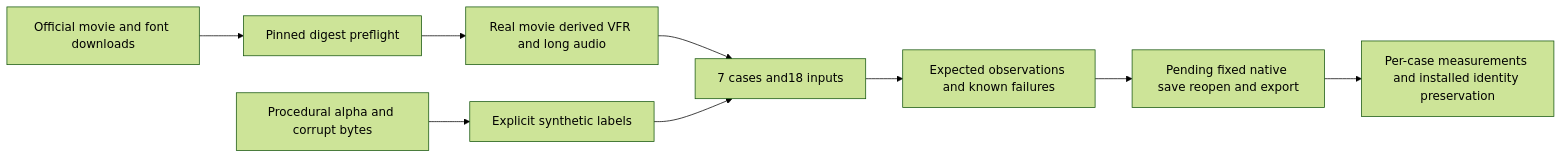
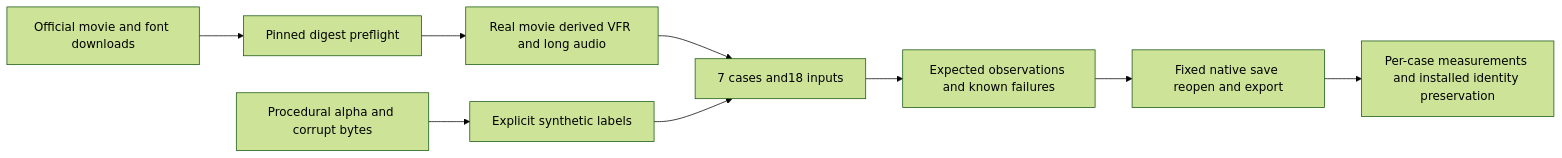
One commit to full-aigc-plugins/filmcraft-plugin changed the diagram in docs/FilmCraft-Media-Matrix.md. Above: the diagram before and after it, drawn with Mermaid (forest theme). The commit also changed other lines of this file and 15 other files, not shown here.

````diff
--- a/docs/FilmCraft-Media-Matrix.md
+++ b/docs/FilmCraft-Media-Matrix.md
@@ -5,11 +7,11 @@
 ```mermaid
 flowchart LR
     S[Official movie and font downloads] --> H[Pinned digest preflight]
     H --> D[Real movie derived VFR and long audio]
     G[Procedural alpha and corrupt bytes] --> P[Explicit synthetic labels]
     D --> M[7 cases and18 inputs]
     P --> M
     M --> E[Expected observations and known failures]
-    E --> N[Pending fixed native save reopen and export]
+    E --> N[Fixed native save reopen and export]
     N --> R[Per-case measurements and installed identity preservation]
 ```
````
